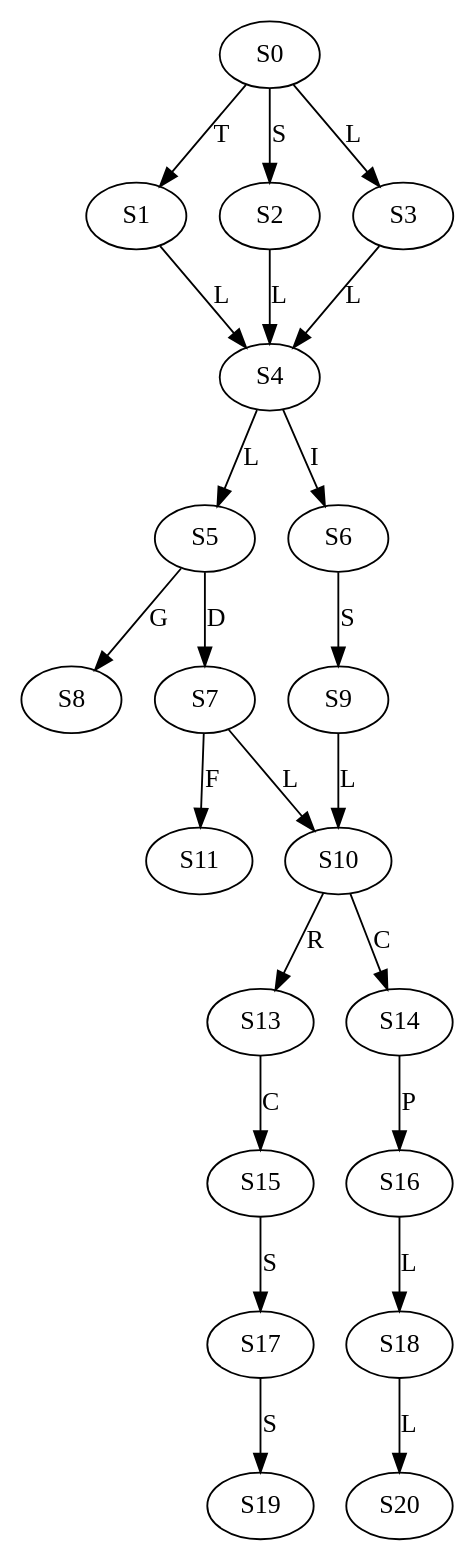
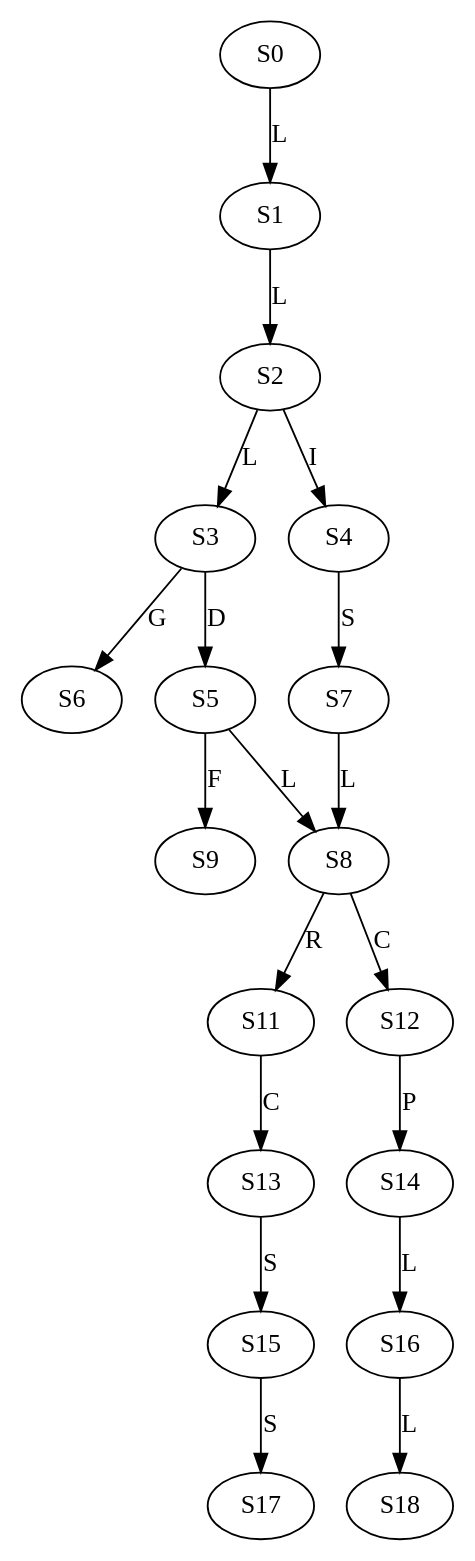
The diagram in data/graph/GT_vs_WGT/RevDetG_AA/Human_SHLD2_orthologues_AA_l_11_a_4.dot (Kuanhao-Chao/Wheeler_Graph_Toolkit), drawn with Graphviz before and after one commit. The commit also changed 11978 other files, not shown here.

Commit message:
Update data/graph/

```diff
--- a/data/graph/GT_vs_WGT/RevDetG_AA/Human_SHLD2_orthologues_AA_l_11_a_4.dot
+++ b/data/graph/GT_vs_WGT/RevDetG_AA/Human_SHLD2_orthologues_AA_l_11_a_4.dot
@@ -1,24 +1,20 @@
 strict digraph  {
-	S0 -> S1 [ label = T ];
-	S0 -> S2 [ label = S ];
-	S0 -> S3 [ label = L ];
-	S1 -> S4 [ label = L ];
-	S2 -> S4 [ label = L ];
-	S3 -> S4 [ label = L ];
-	S4 -> S5 [ label = L ];
-	S4 -> S6 [ label = I ];
-	S5 -> S7 [ label = D ];
-	S5 -> S8 [ label = G ];
-	S6 -> S9 [ label = S ];
-	S7 -> S10 [ label = L ];
-	S7 -> S11 [ label = F ];
-	S9 -> S10 [ label = L ];
-	S10 -> S13 [ label = R ];
-	S10 -> S14 [ label = C ];
-	S13 -> S15 [ label = C ];
-	S14 -> S16 [ label = P ];
+	S0 -> S1 [ label = L ];
+	S1 -> S2 [ label = L ];
+	S2 -> S3 [ label = L ];
+	S2 -> S4 [ label = I ];
+	S3 -> S5 [ label = D ];
+	S3 -> S6 [ label = G ];
+	S4 -> S7 [ label = S ];
+	S5 -> S8 [ label = L ];
+	S5 -> S9 [ label = F ];
+	S7 -> S8 [ label = L ];
+	S8 -> S11 [ label = R ];
+	S8 -> S12 [ label = C ];
+	S11 -> S13 [ label = C ];
+	S12 -> S14 [ label = P ];
+	S13 -> S15 [ label = S ];
+	S14 -> S16 [ label = L ];
 	S15 -> S17 [ label = S ];
 	S16 -> S18 [ label = L ];
-	S17 -> S19 [ label = S ];
-	S18 -> S20 [ label = L ];
 }
```
